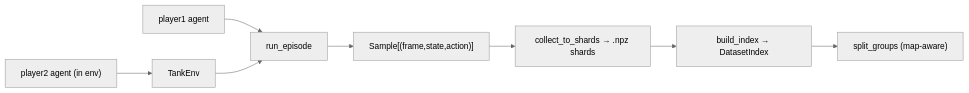
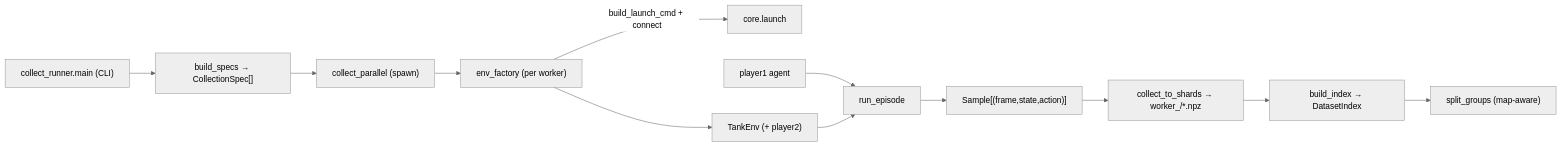
The diagram in docs/components/data.md (urciuolim/TankTwinStickShooter), drawn with Mermaid (neutral theme) before and after one commit. The commit also changed other lines of this file and 5 other files, not shown here.

First line of the commit message:
docs: document Phase A -- the multi-worker collection CLI + core.launch

````diff
--- a/docs/components/data.md
+++ b/docs/components/data.md
@@ -69,10 +89,14 @@
 ```mermaid
 graph LR
+    cli["collect_runner.main (CLI)"] --> specs["build_specs → CollectionSpec[]"]
+    specs --> par["collect_parallel (spawn)"]
+    par --> ef["env_factory (per worker)"]
+    ef -->|build_launch_cmd + connect| launch["core.launch"]
+    ef --> env["TankEnv (+ player2)"]
     a1["player1 agent"] --> ep["run_episode"]
-    a2["player2 agent (in env)"] --> env["TankEnv"]
     env --> ep
     ep --> samples["Sample[(frame,state,action)]"]
-    samples --> shards["collect_to_shards → .npz shards"]
+    samples --> shards["collect_to_shards → worker_<id>/*.npz"]
     shards --> idx["build_index → DatasetIndex"]
     idx --> split["split_groups (map-aware)"]
 ```
````
